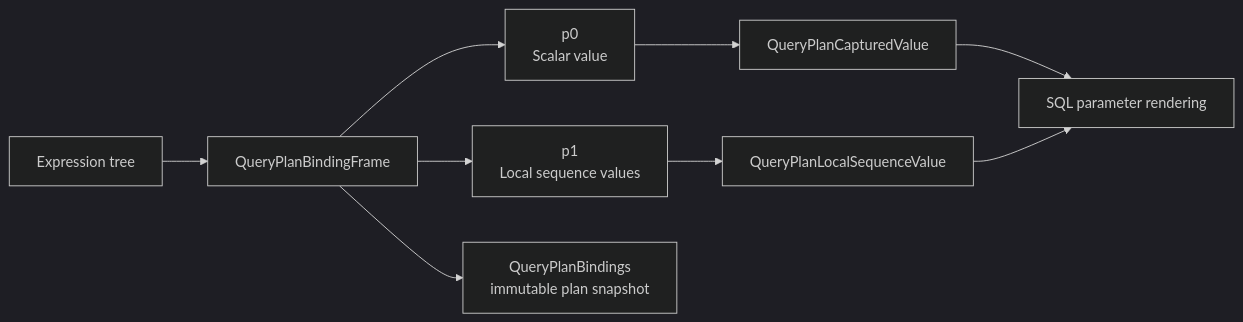
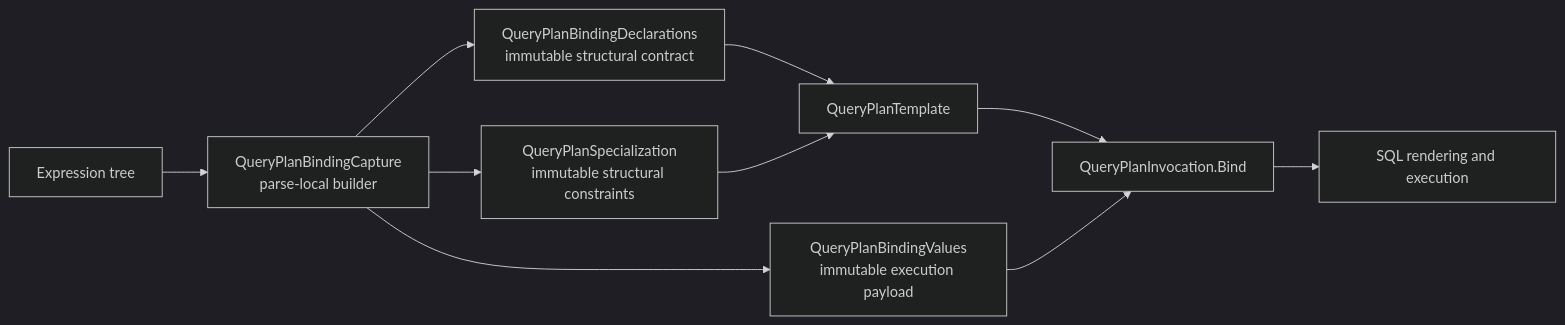
One commit to bazer/DataLinq changed the fifth of 7 diagrams in docs/internals/LINQ Parser Architecture.md. Above: the diagram before and after it, drawn with Mermaid (dark theme). The commit also changed other lines of this file and 29 other files, not shown here.

````diff
--- a/docs/internals/LINQ Parser Architecture.md
+++ b/docs/internals/LINQ Parser Architecture.md
@@ -201,11 +214,12 @@
 ```mermaid
 flowchart LR
-    A["Expression tree"] --> B["QueryPlanBindingFrame"]
-    B --> C["p0<br/>Scalar value"]
-    B --> D["p1<br/>Local sequence values"]
-    B --> E["QueryPlanBindings<br/>immutable plan snapshot"]
-    C --> F["QueryPlanCapturedValue"]
-    D --> G["QueryPlanLocalSequenceValue"]
-    F --> H["SQL parameter rendering"]
-    G --> H
+    A["Expression tree"] --> B["QueryPlanBindingCapture<br/>parse-local builder"]
+    B --> C["QueryPlanBindingDeclarations<br/>immutable structural contract"]
+    B --> D["QueryPlanBindingValues<br/>immutable execution payload"]
+    B --> E["QueryPlanSpecialization<br/>immutable structural constraints"]
+    C --> F["QueryPlanTemplate"]
+    E --> F
+    F --> G["QueryPlanInvocation.Bind"]
+    D --> G
+    G --> H["SQL rendering and execution"]
 ```
````
